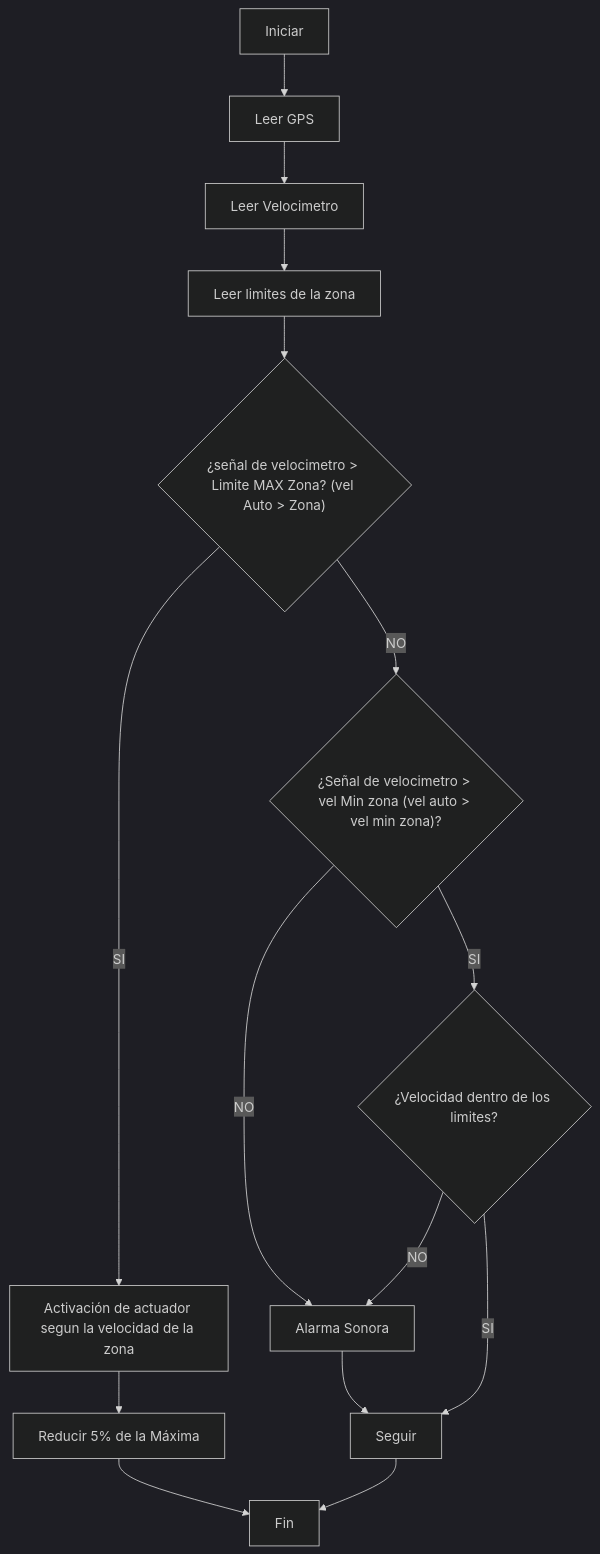
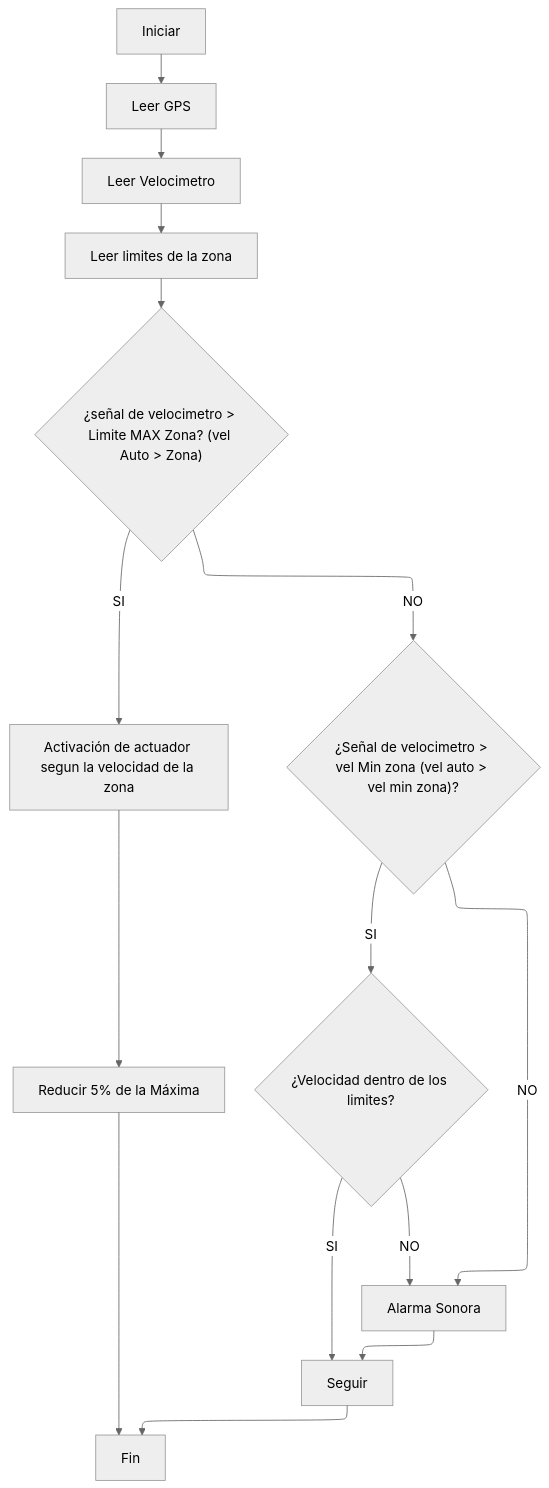
Before and after one commit to proyectoitsv/2025_REGVEL: the diagram in Documentación (diagramas + plantillas)/Daigrama de Flujo/Diagrama de flujo.mmd, drawn with Mermaid.

Commit message:
corrección de formato del cuadro

```diff
--- a/Documentación (diagramas + plantillas)/Daigrama de Flujo/Diagrama de flujo.mmd
+++ b/Documentación (diagramas + plantillas)/Daigrama de Flujo/Diagrama de flujo.mmd
@@ -1,21 +1,21 @@
 ---
 config:
-  layout: fixed
-  theme: dark
+  layout: elk
+  theme: neutral
   look: classic
 ---
 flowchart TD
     A["Iniciar"] --> B["Leer GPS"]
     B --> C["Leer Velocimetro"]
     C --> D["Leer limites de la zona"]
     D --> E{"¿señal de velocimetro > Limite MAX Zona? (vel Auto > Zona)"}
     E -- SI --> F["Activación de actuador segun la velocidad de la zona"]
     F --> G["Reducir 5% de la Máxima"]
     G --> H["Fin"]
     E -- NO --> I{"¿Señal de velocimetro > vel Min zona (vel auto > vel min zona)?"}
     I -- NO --> J["Alarma Sonora"]
     J --> K["Seguir"]
     K --> H
     I -- SI --> L{"¿Velocidad dentro de los limites?"}
     L -- SI --> K
     L -- NO --> J
```
